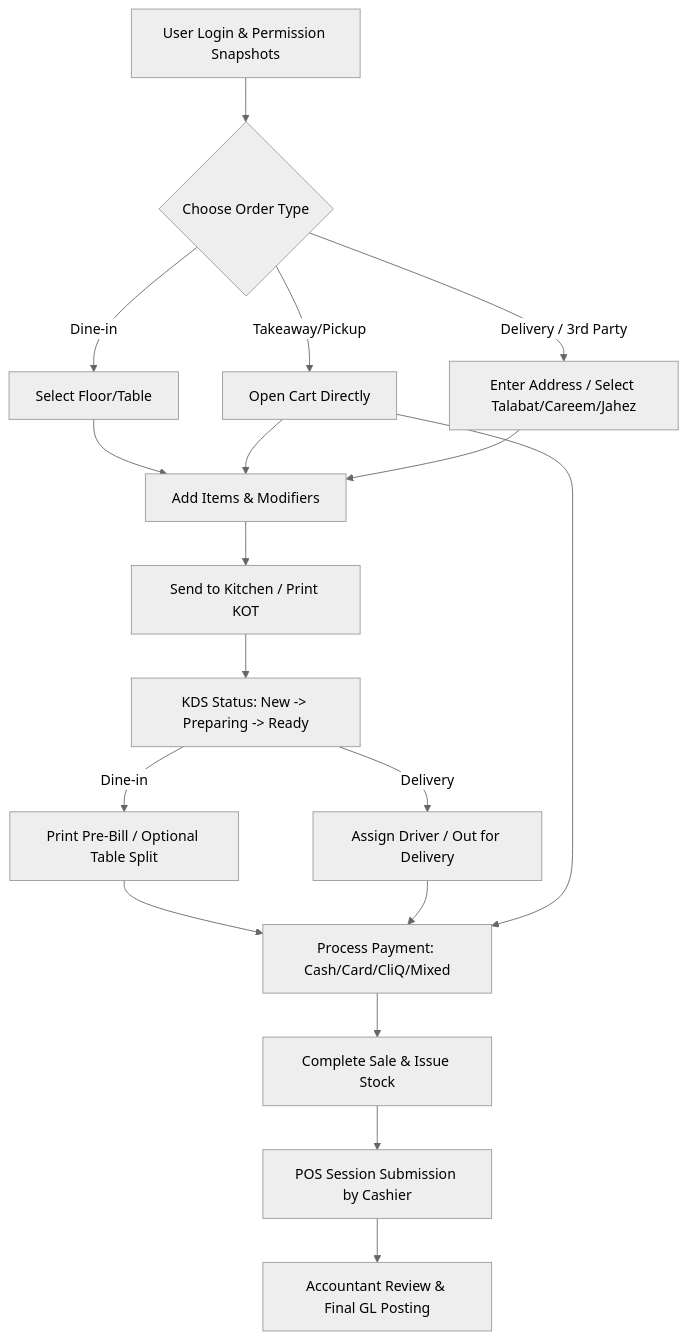
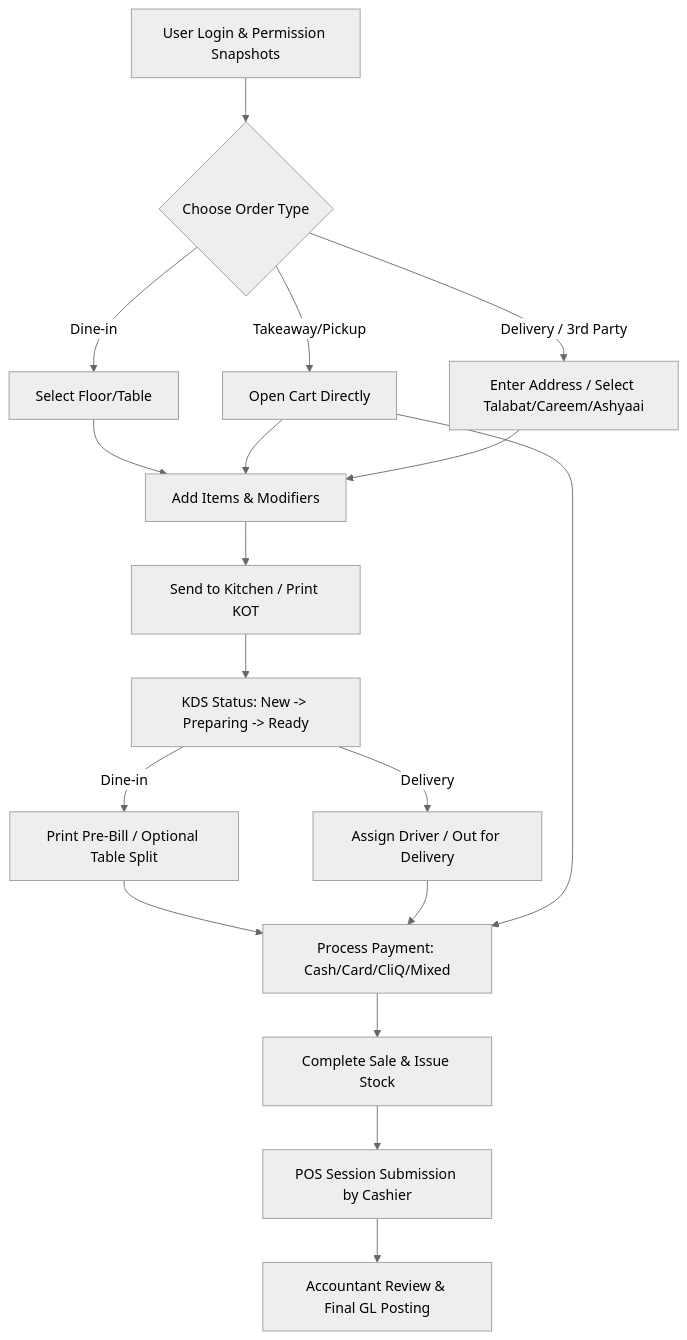
One commit to Abdalrhman-zadain/accounting-Sytem-with-asp.net-core changed the diagram in docs/pos/restaurant_pos_implementation_plan.md. Above: the diagram before and after it, drawn with Mermaid (neutral theme). The commit also changed other lines of this file and 17 other files, not shown here.

````diff
--- a/docs/pos/restaurant_pos_implementation_plan.md
+++ b/docs/pos/restaurant_pos_implementation_plan.md
@@ -19,26 +19,26 @@
 ```mermaid
 graph TD
     A[User Login & Permission Snapshots] --> B{Choose Order Type}
     
     B -->|Dine-in| C[Select Floor/Table]
     B -->|Takeaway/Pickup| D[Open Cart Directly]
-    B -->|Delivery / 3rd Party| E[Enter Address / Select Talabat/Careem/Jahez]
+    B -->|Delivery / 3rd Party| E[Enter Address / Select Talabat/Careem/Ashyaai]
 
     C --> F[Add Items & Modifiers]
     D --> F
     E --> F
 
     F --> G[Send to Kitchen / Print KOT]
     G --> H[KDS Status: New -> Preparing -> Ready]
     
     H -->|Dine-in| I[Print Pre-Bill / Optional Table Split]
     H -->|Delivery| J[Assign Driver / Out for Delivery]
 
     I --> K[Process Payment: Cash/Card/CliQ/Mixed]
     J --> K
     D --> K
     
     K --> L[Complete Sale & Issue Stock]
     L --> M[POS Session Submission by Cashier]
     M --> N[Accountant Review & Final GL Posting]
 ```
````
